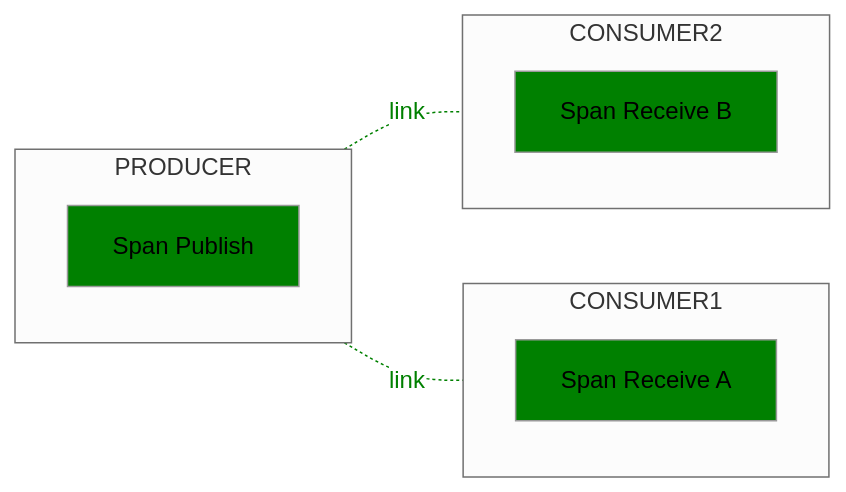
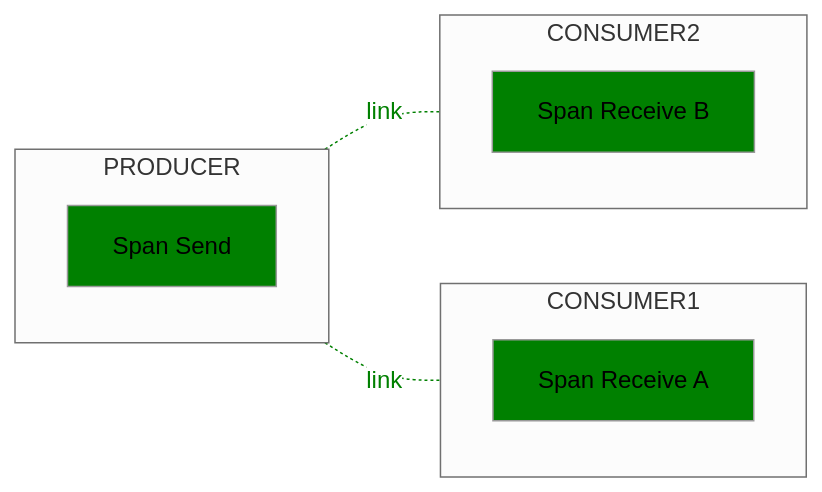
Before and after one commit to open-telemetry/semantic-conventions: the fourth of 4 diagrams in docs/messaging/messaging-spans.md, drawn with Mermaid (neutral theme). The commit also changed other lines of this file, not shown here.

Commit message:
[chore] Remove usages of 'Publish' spans and adapt example tables (#2325)

````diff
--- a/docs/messaging/messaging-spans.md
+++ b/docs/messaging/messaging-spans.md
@@ -683,21 +685,21 @@
 ```mermaid
 flowchart LR;
   subgraph PRODUCER
   direction TB
-  P[Span Publish]
+  P[Span Send]
   end
   subgraph CONSUMER1
   direction TB
   D1[Span Receive A]
   end
   subgraph CONSUMER2
   direction TB
   D2[Span Receive B]
   end
   P-. link .-D1;
   P-. link .-D2;
 
   classDef normal fill:green
   class P,D1,D2 normal
   linkStyle 0,1 color:green,stroke:green
 ```
````
